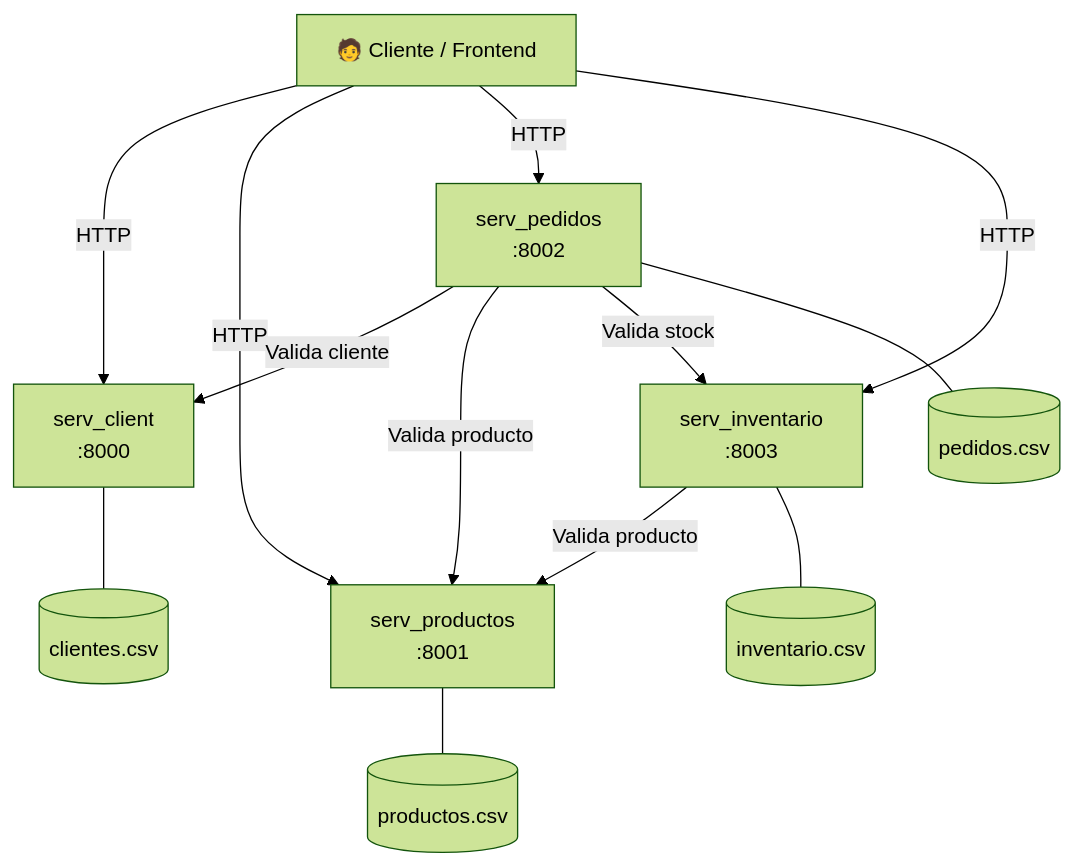
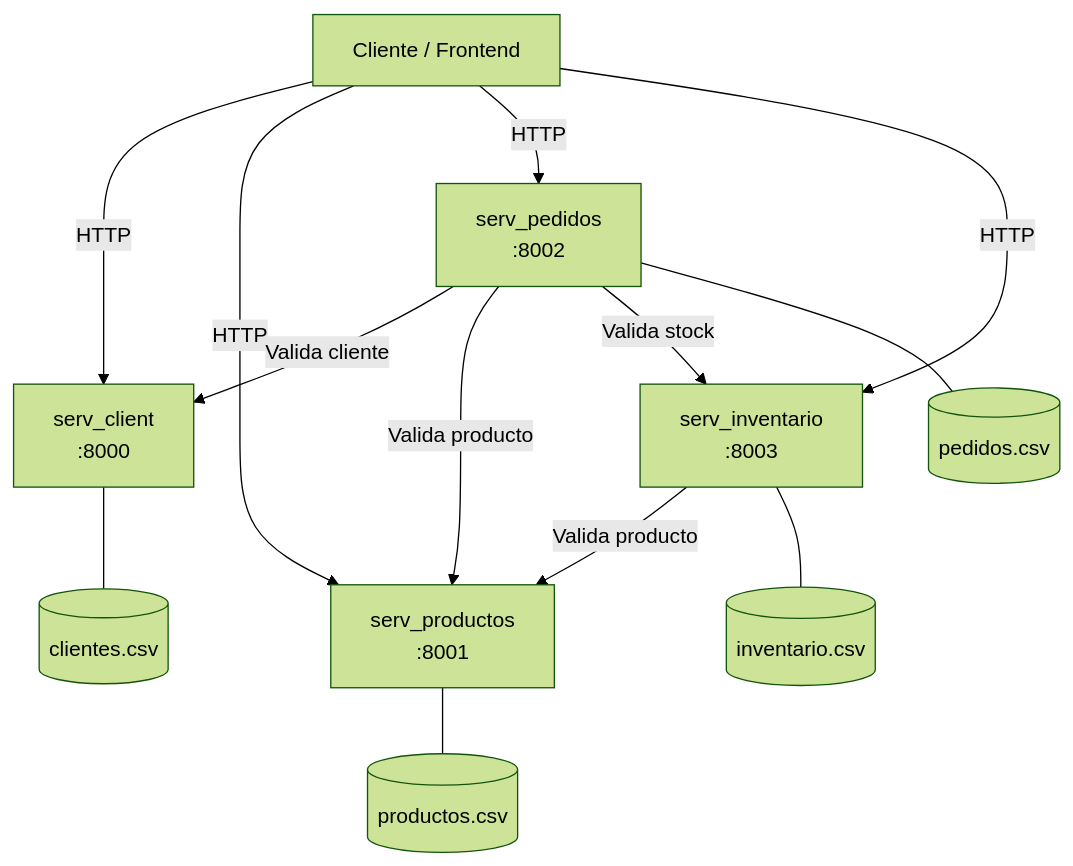
One commit to dans470/ShopNow changed the first of 6 diagrams in README.md. Above: the diagram before and after it, drawn with Mermaid (forest theme). The commit also changed other lines of this file, not shown here.

````diff
--- a/README.md
+++ b/README.md
@@ -39,19 +39,19 @@
 ```mermaid
 graph TD
-    Cliente["🧑 Cliente / Frontend"]
+Cliente[" Cliente / Frontend"]
 
-    Cliente -->|HTTP| SC["serv_client\n:8000"]
-    Cliente -->|HTTP| SP["serv_productos\n:8001"]
-    Cliente -->|HTTP| SPed["serv_pedidos\n:8002"]
-    Cliente -->|HTTP| SI["serv_inventario\n:8003"]
+Cliente -->|HTTP| SC["serv_client\n:8000"]
+Cliente -->|HTTP| SP["serv_productos\n:8001"]
+Cliente -->|HTTP| SPed["serv_pedidos\n:8002"]
+Cliente -->|HTTP| SI["serv_inventario\n:8003"]
 
-    SPed -->|"Valida cliente"| SC
-    SPed -->|"Valida producto"| SP
-    SPed -->|"Valida stock"| SI
-    SI   -->|"Valida producto"| SP
+SPed -->|"Valida cliente"| SC
+SPed -->|"Valida producto"| SP
+SPed -->|"Valida stock"| SI
+SI -->|"Valida producto"| SP
 
-    SC   --- DBC[("clientes.csv")]
-    SP   --- DBP[("productos.csv")]
-    SPed --- DBPed[("pedidos.csv")]
-    SI   --- DBI[("inventario.csv")]
+SC --- DBC[("clientes.csv")]
+SP --- DBP[("productos.csv")]
+SPed --- DBPed[("pedidos.csv")]
+SI --- DBI[("inventario.csv")]
 ```
````
